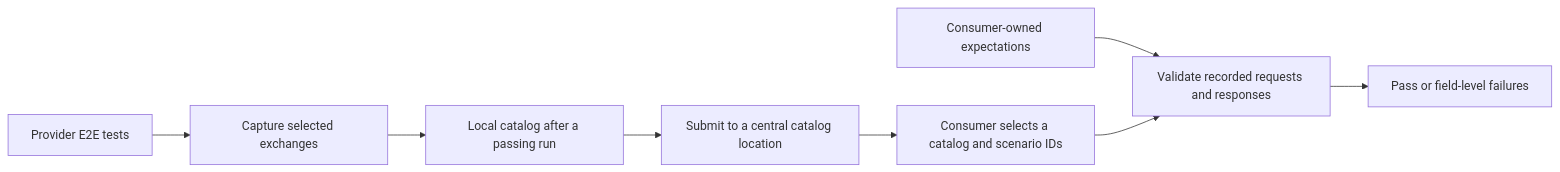
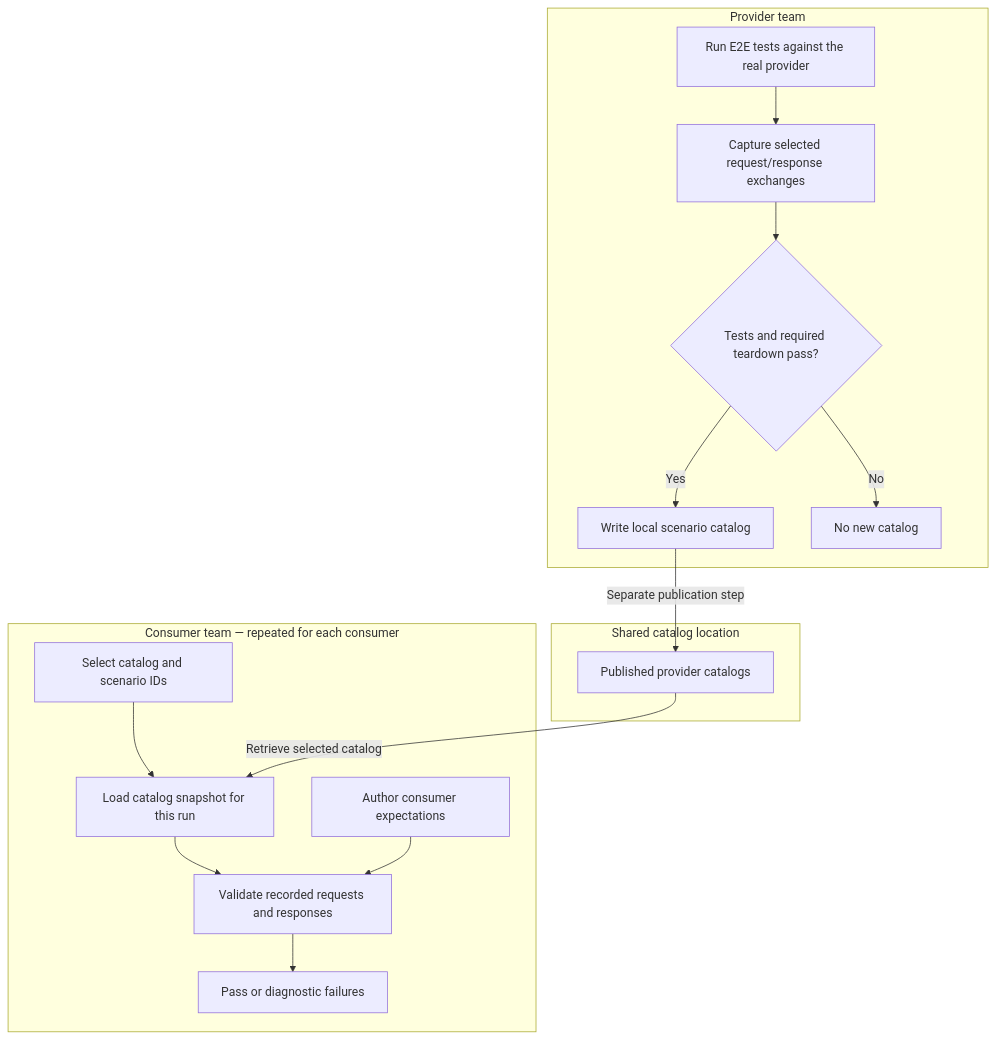
The first of 3 diagrams in docs/RFC_provider_side_contract_testing.md (jbachmann/response-capture), drawn with Mermaid before and after one commit. The commit also changed other lines of this file, not shown here.

Commit message:
feat: update RFC documentation with enhanced flowcharts and execution sequence for provider and consumer interactions

````diff
--- a/docs/RFC_provider_side_contract_testing.md
+++ b/docs/RFC_provider_side_contract_testing.md
@@ -34,10 +34,32 @@
 ```mermaid
-flowchart LR
-  P[Provider E2E tests] --> C[Capture selected exchanges]
-  C --> L[Local catalog after a passing run]
-  L --> S[Submit to a central catalog location]
-  S --> V[Consumer selects a catalog and scenario IDs]
-  E[Consumer-owned expectations] --> T[Validate recorded requests and responses]
-  V --> T
-  T --> R[Pass or field-level failures]
+flowchart TB
+  subgraph Provider["Provider team"]
+    P["Run E2E tests against the real provider"]
+    C["Capture selected request/response exchanges"]
+    G{"Tests and required teardown pass?"}
+    L["Write local scenario catalog"]
+
+    P --> C --> G
+    G -->|Yes| L
+    G -->|No| X["No new catalog"]
+  end
+
+  subgraph Distribution["Shared catalog location"]
+    S["Published provider catalogs"]
+  end
+
+  subgraph Consumer["Consumer team — repeated for each consumer"]
+    V["Select catalog and scenario IDs"]
+    N["Load catalog snapshot for this run"]
+    E["Author consumer expectations"]
+    T["Validate recorded requests and responses"]
+    R["Pass or diagnostic failures"]
+
+    V --> N --> T
+    E --> T
+    T --> R
+  end
+
+  L -->|Separate publication step| S
+  S -->|Retrieve selected catalog| N
 ```
````
